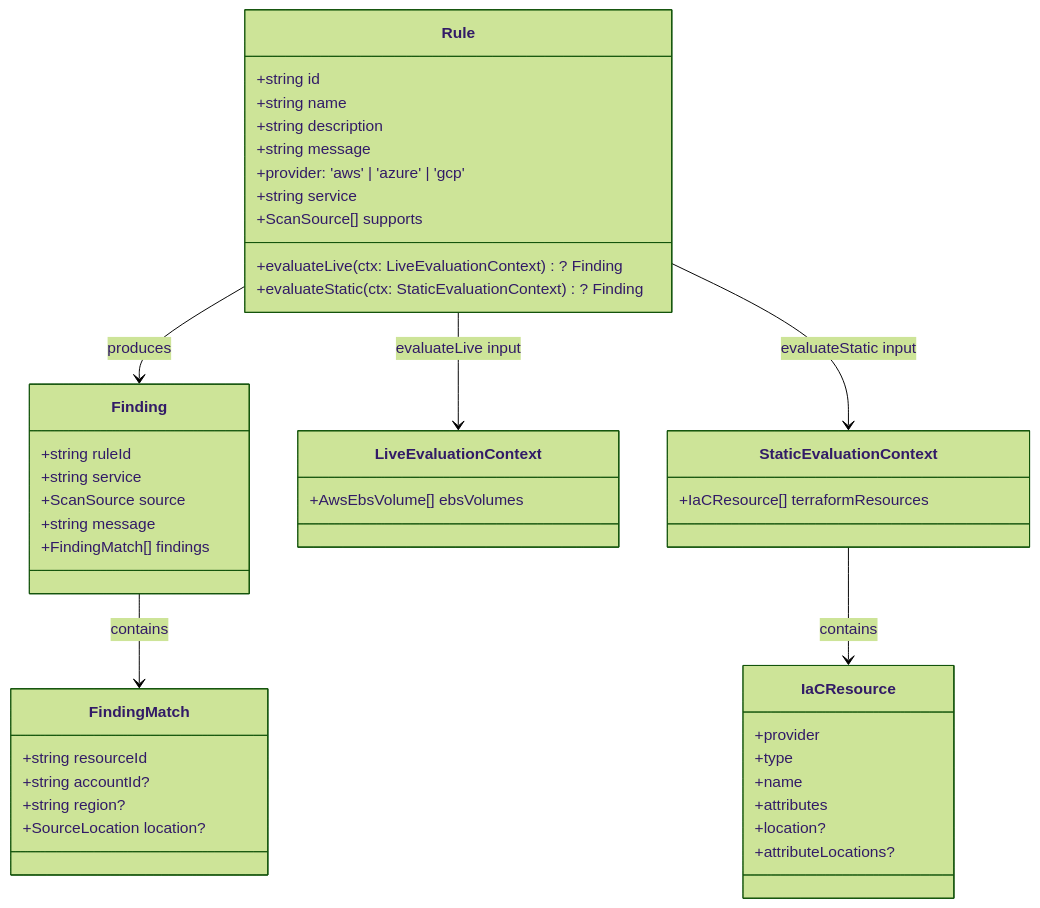
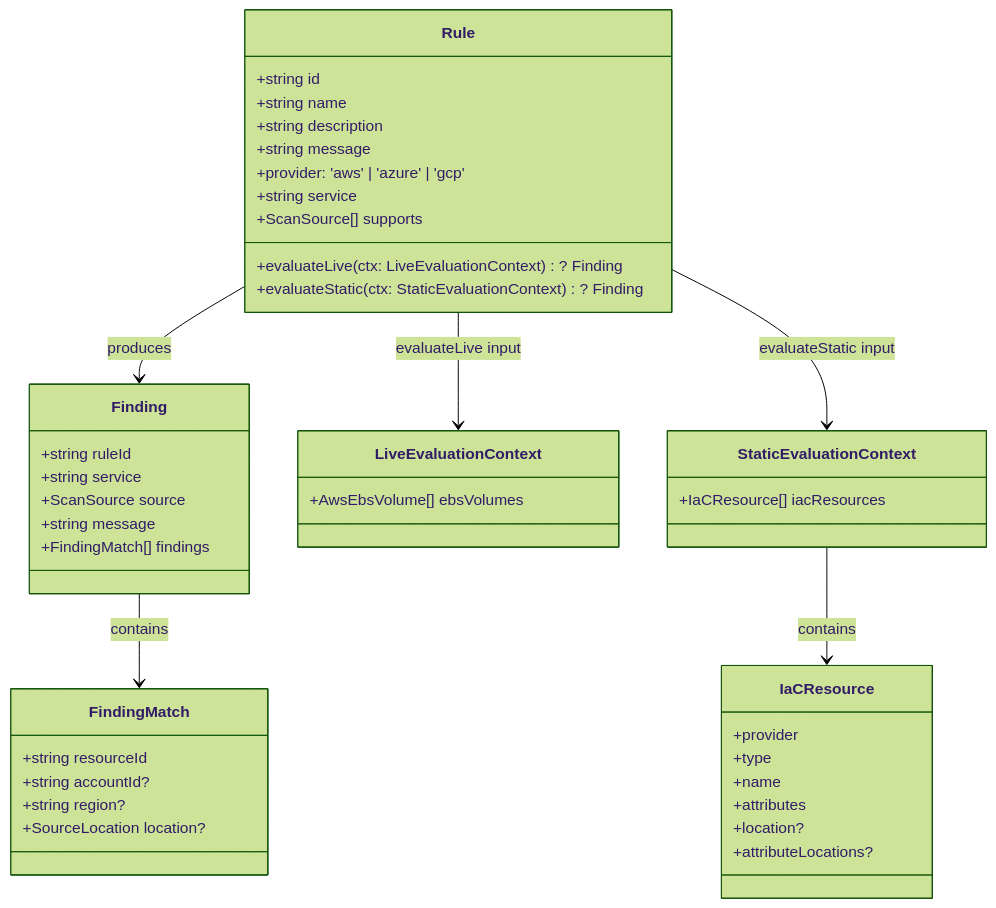
Before and after one commit to towardsthecloud/cloudburn: the first of 2 diagrams in docs/architecture/rules.md, drawn with Mermaid (forest theme). The commit also changed 23 other files, not shown here.

````diff
--- a/docs/architecture/rules.md
+++ b/docs/architecture/rules.md
@@ -5,52 +5,52 @@
 ```mermaid
 classDiagram
   class Rule {
     +string id
     +string name
     +string description
     +string message
     +provider: 'aws' | 'azure' | 'gcp'
     +string service
     +ScanSource[] supports
     +evaluateLive(ctx: LiveEvaluationContext)? Finding
     +evaluateStatic(ctx: StaticEvaluationContext)? Finding
   }
 
   class Finding {
     +string ruleId
     +string service
     +ScanSource source
     +string message
     +FindingMatch[] findings
   }
 
   class FindingMatch {
     +string resourceId
     +string accountId?
     +string region?
     +SourceLocation location?
   }
 
   class LiveEvaluationContext {
     +AwsEbsVolume[] ebsVolumes
   }
 
   class IaCResource {
     +provider
     +type
     +name
     +attributes
     +location?
     +attributeLocations?
   }
 
   class StaticEvaluationContext {
-    +IaCResource[] terraformResources
+    +IaCResource[] iacResources
   }
 
   Rule --> Finding : produces
   Finding --> FindingMatch : contains
   Rule --> LiveEvaluationContext : evaluateLive input
   Rule --> StaticEvaluationContext : evaluateStatic input
   StaticEvaluationContext --> IaCResource : contains
 ```
````
